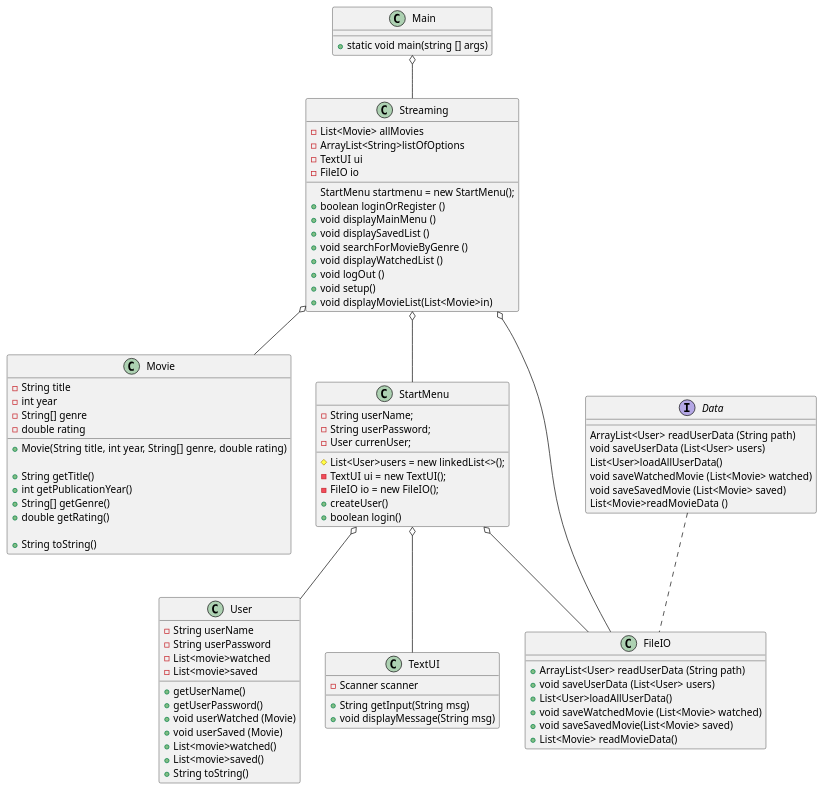
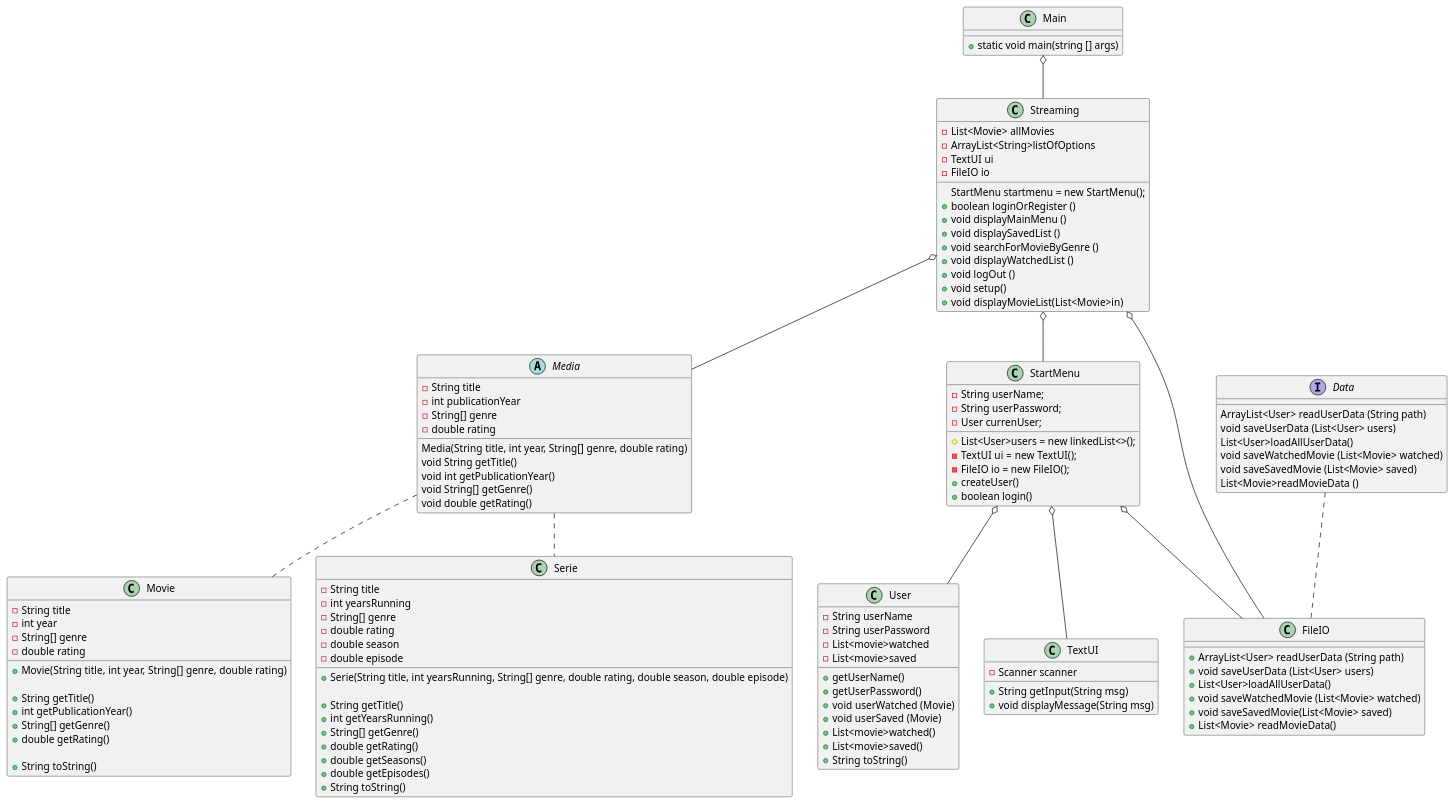
The diagram in .idea/Doc/ClassDiagram.puml (Madihakhan1/SP3), drawn with PlantUML before and after one commit. The commit also changed other lines of this file and 2 other files, not shown here.

```diff
--- a/.idea/Doc/ClassDiagram.puml
+++ b/.idea/Doc/ClassDiagram.puml
@@ -1,132 +1,165 @@
 @startuml
 'https://plantuml.com/object-diagram
 
 class Main{
 
 + static void main(string [] args)
 
 
 }
 
 class Streaming{
 
 - List<Movie> allMovies
 - ArrayList<String>listOfOptions
 - TextUI ui
 - FileIO io
 StartMenu startmenu = new StartMenu();
 + boolean loginOrRegister ()
 + void displayMainMenu ()
 + void displaySavedList ()
 + void searchForMovieByGenre ()
 + void displayWatchedList ()
 + void logOut ()
 + void setup()
 + void displayMovieList(List<Movie>in)
 
 
 
 }
 
 class User{
 
 - String userName
 - String userPassword
 - List<movie>watched
 - List<movie>saved
 
 +getUserName()
 +getUserPassword()
 + void userWatched (Movie)
 + void userSaved (Movie)
 +List<movie>watched()
 +List<movie>saved()
 + String toString()
 
-
-
-
 }
 
-class Movie{
-
+abstract Media{
 - String title
-- int year
+- int publicationYear
 - String[] genre
 - double rating
 
-+ Movie(String title, int year, String[] genre, double rating)
+Media(String title, int year, String[] genre, double rating)
+void String getTitle()
+void int getPublicationYear()
+void String[] getGenre()
+void double getRating()
 
-+ String getTitle()
-+ int getPublicationYear()
-+ String[] getGenre()
-+ double getRating()
 
-+ String toString()
 
 
 }
 
 class StartMenu{
 
 - String userName;
 - String userPassword;
 - User currenUser;
 # List<User>users = new linkedList<>();
 - TextUI ui = new TextUI();
 - FileIO io = new FileIO();
 + createUser()
 + boolean login()
 
 }
 
 
 
 
 class FileIO{
 
 +ArrayList<User> readUserData (String path)
 + void saveUserData (List<User> users)
 + List<User>loadAllUserData()
 + void saveWatchedMovie (List<Movie> watched)
 + void saveSavedMovie(List<Movie> saved)
 + List<Movie> readMovieData()
 }
 
 class TextUI{
 
 - Scanner scanner
 + String getInput(String msg)
 + void displayMessage(String msg)
 
 
 }
 
 
 Interface Data{
 
 ArrayList<User> readUserData (String path)
 void saveUserData (List<User> users)
 List<User>loadAllUserData()
 void saveWatchedMovie (List<Movie> watched)
 void saveSavedMovie (List<Movie> saved)
 List<Movie>readMovieData ()
 
 
 }
 
+class Movie {
+- String title
+- int year
+- String[] genre
+- double rating
+
++ Movie(String title, int year, String[] genre, double rating)
+
++ String getTitle()
++ int getPublicationYear()
++ String[] getGenre()
++ double getRating()
+
++ String toString()
+
+}
+
+class Serie{
+- String title
+- int yearsRunning
+- String[] genre
+- double rating
+- double season
+- double episode
+
++ Serie(String title, int yearsRunning, String[] genre, double rating, double season, double episode)
+
++ String getTitle()
++ int getYearsRunning()
++ String[] getGenre()
++ double getRating()
++ double getSeasons()
++ double getEpisodes()
++ String toString()
+
+}
+
 Main o-- Streaming
 
 Streaming o-- StartMenu
 Streaming o-- FileIO
-Streaming o-- Movie
+Streaming o-- Media
 
+Media .. Movie
+Media .. Serie
 
 StartMenu o-- User
 StartMenu o--FileIO
 StartMenu o-- TextUI
 
-
 Data .. FileIO
 
 @enduml
```
